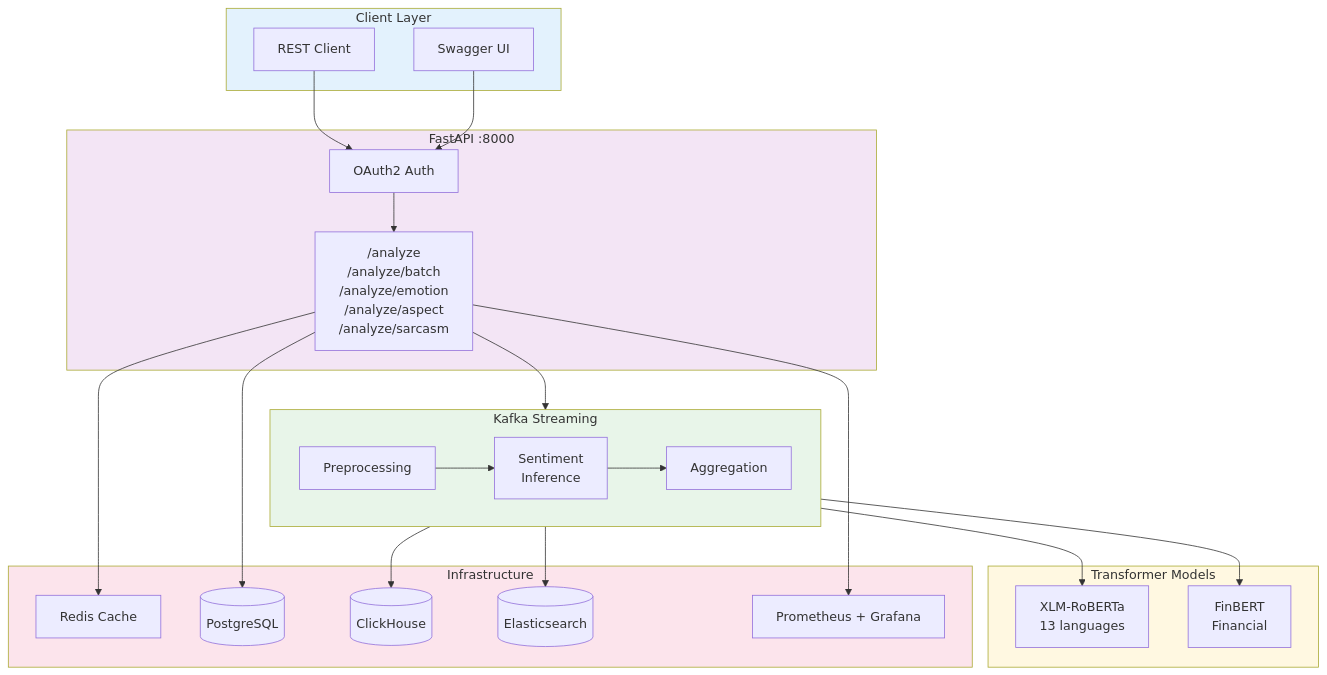
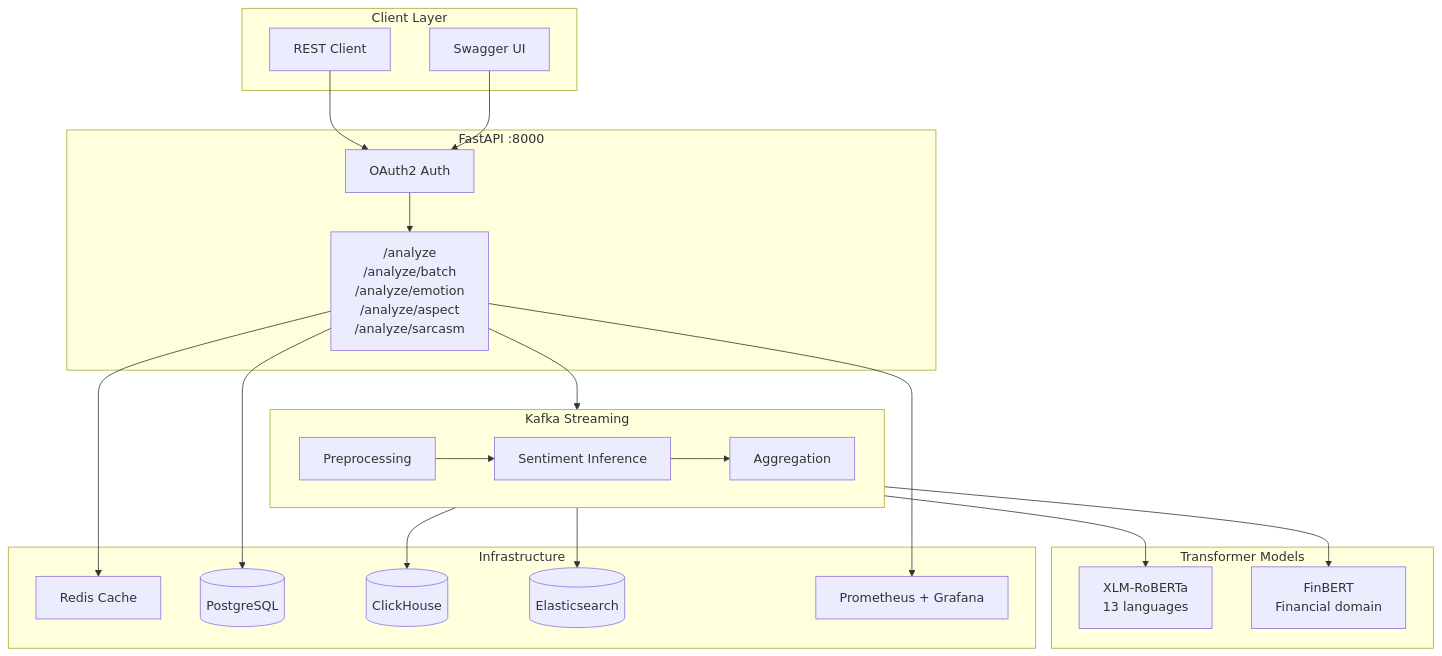
The third of 4 diagrams in README.md (galafis/multi-language-sentiment-engine), drawn with Mermaid before and after one commit. The commit also changed other lines of this file, not shown here.

````diff
--- a/README.md
+++ b/README.md
@@ -323,44 +323,38 @@
 ```mermaid
-flowchart TB
+graph TD
     subgraph Clients["Client Layer"]
         C1["REST Client"]
         C2["Swagger UI"]
     end
 
     subgraph API["FastAPI :8000"]
         AUTH["OAuth2 Auth"]
-        EP["/analyze\n/analyze/batch\n/analyze/emotion\n/analyze/aspect\n/analyze/sarcasm"]
+        EP["/analyze<br/>/analyze/batch<br/>/analyze/emotion<br/>/analyze/aspect<br/>/analyze/sarcasm"]
     end
 
     subgraph Pipeline["Kafka Streaming"]
         direction LR
-        P1["Preprocessing"] --> P2["Sentiment\nInference"] --> P3["Aggregation"]
+        P1["Preprocessing"] --> P2["Sentiment Inference"] --> P3["Aggregation"]
     end
 
     subgraph Models["Transformer Models"]
-        M1["XLM-RoBERTa\n13 languages"]
-        M2["FinBERT\nFinancial"]
+        M1["XLM-RoBERTa<br/>13 languages"]
+        M2["FinBERT<br/>Financial domain"]
     end
 
     subgraph Infra["Infrastructure"]
         REDIS["Redis Cache"]
         PG[("PostgreSQL")]
         CH[("ClickHouse")]
         ES[("Elasticsearch")]
         PROM["Prometheus + Grafana"]
     end
 
     C1 & C2 --> AUTH --> EP
     EP --> REDIS
     EP --> Pipeline
     P2 --> M1 & M2
     P3 --> CH & ES
     EP --> PG
     EP --> PROM
-
-    style Clients fill:#e3f2fd
-    style API fill:#f3e5f5
-    style Pipeline fill:#e8f5e9
-    style Models fill:#fff8e1
-    style Infra fill:#fce4ec
 ```
````
